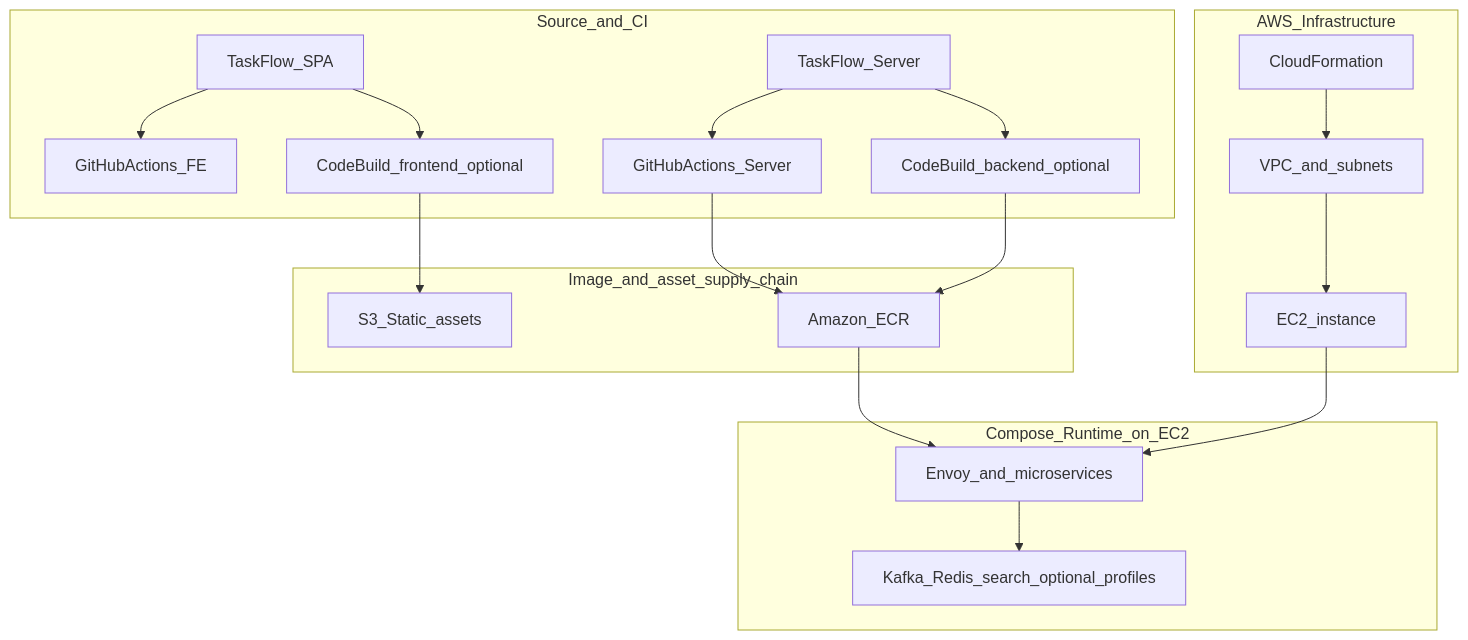
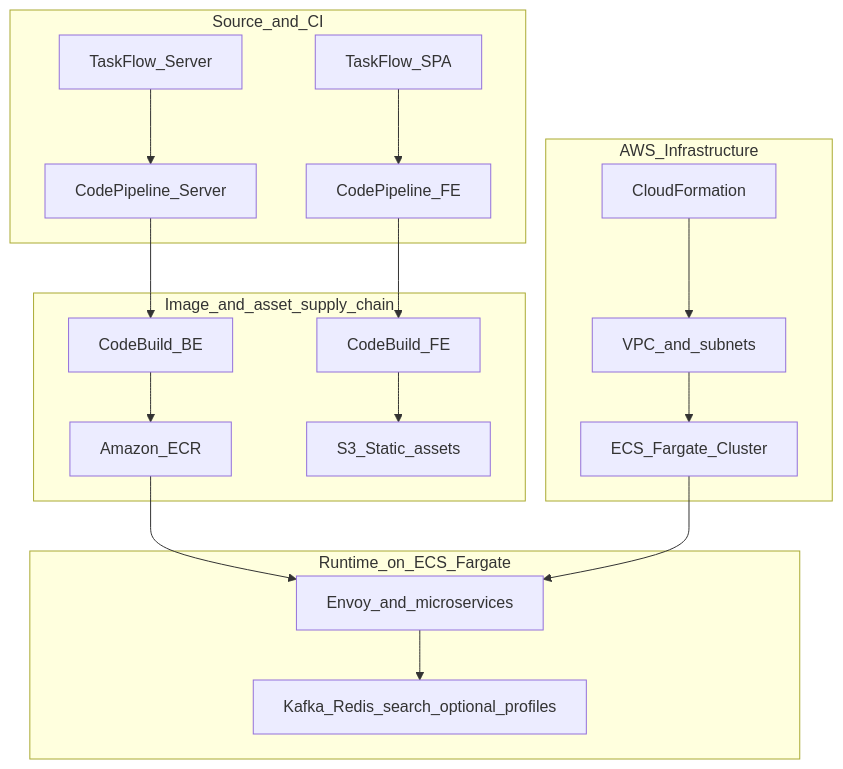
Before and after one commit to thangshelby/TaskFlow-Server: the second of 3 diagrams in README.md, drawn with Mermaid. The commit also changed other lines of this file, not shown here.

````diff
--- a/README.md
+++ b/README.md
@@ -96,40 +93,39 @@
 ```mermaid
 flowchart TB
   subgraph Source[Source_and_CI]
     code_fe[TaskFlow_SPA]
     code_be[TaskFlow_Server]
-    gha_fe[GitHubActions_FE]
-    gha_be[GitHubActions_Server]
-    cb_be[CodeBuild_backend_optional]
-    cb_fe[CodeBuild_frontend_optional]
-    code_fe --> gha_fe
-    code_be --> gha_be
-    code_be --> cb_be
-    code_fe --> cb_fe
+    cp_fe[CodePipeline_FE]
+    cp_be[CodePipeline_Server]
+    code_fe --> cp_fe
+    code_be --> cp_be
   end
 
   subgraph Build[Image_and_asset_supply_chain]
+    cb_fe[CodeBuild_FE]
+    cb_be[CodeBuild_BE]
     ecr[Amazon_ECR]
     s3[S3_Static_assets]
-    gha_be --> ecr
+    cp_be --> cb_be
+    cp_fe --> cb_fe
     cb_be --> ecr
     cb_fe --> s3
   end
 
   subgraph Infra[AWS_Infrastructure]
     cfn[CloudFormation]
     vpc[VPC_and_subnets]
-    ec2[EC2_instance]
+    ecs[ECS_Fargate_Cluster]
     cfn --> vpc
-    vpc --> ec2
+    vpc --> ecs
   end
 
-  subgraph Runtime[Compose_Runtime_on_EC2]
+  subgraph Runtime[Runtime_on_ECS_Fargate]
     app[Envoy_and_microservices]
     data[Kafka_Redis_search_optional_profiles]
   end
 
   ecr --> app
-  ec2 --> app
+  ecs --> app
   app --> data
 ```
````
